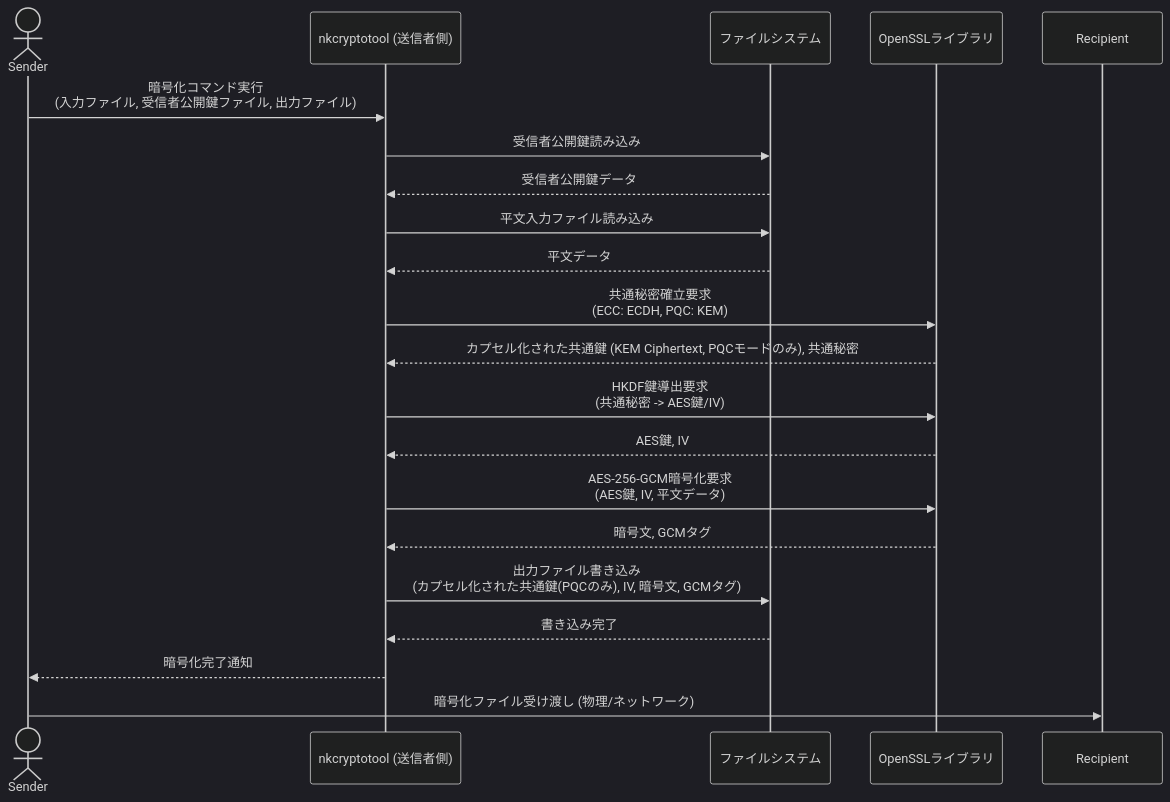
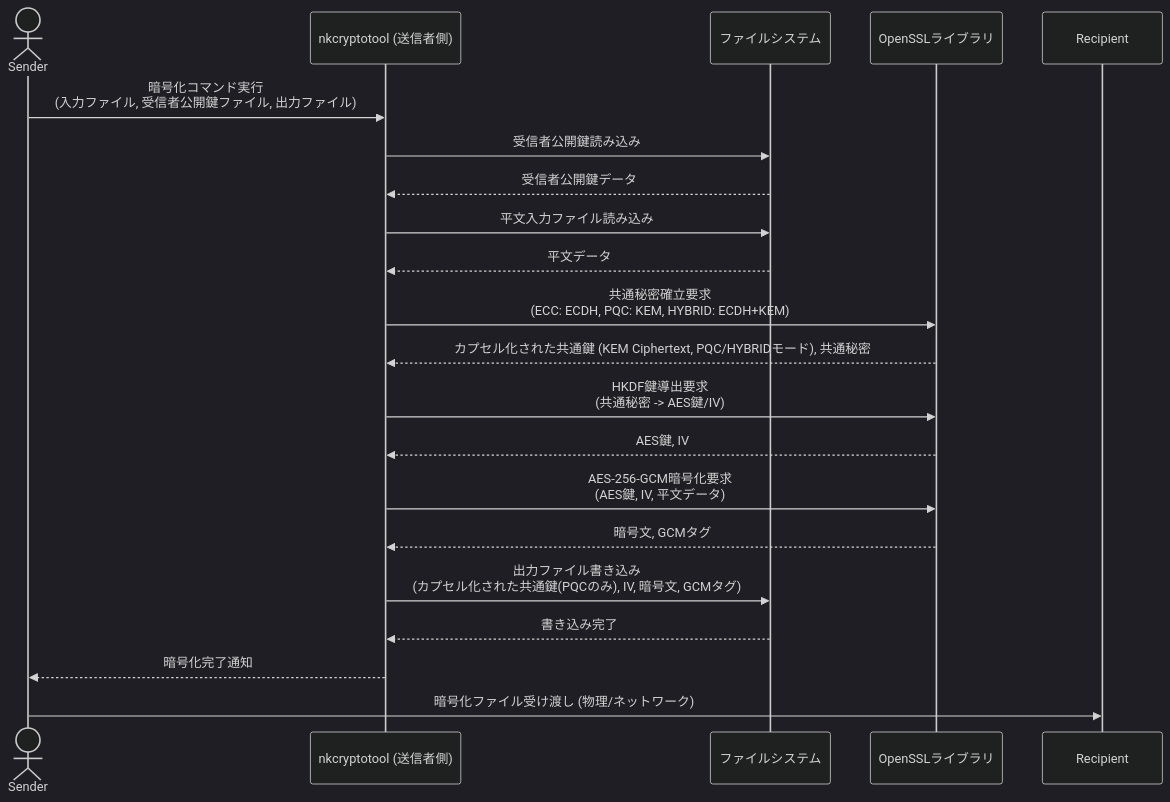
The third of 6 diagrams in README.md (nkoriyama/nkCryptoTool), drawn with Mermaid (dark theme) before and after one commit. The commit also changed other lines of this file, not shown here.

Commit message:
Hybridモード用のシーケンス図

````diff
--- a/README.md
+++ b/README.md
@@ -357,23 +357,23 @@
 ```mermaid
 sequenceDiagram
     actor Sender
     participant Sender_nkcryptotool as nkcryptotool (送信者側)
     participant FileSystem as ファイルシステム
     participant OpenSSL as OpenSSLライブラリ
 
     Sender->>Sender_nkcryptotool: 暗号化コマンド実行<br>(入力ファイル, 受信者公開鍵ファイル, 出力ファイル)
     Sender_nkcryptotool->>FileSystem: 受信者公開鍵読み込み
     FileSystem-->>Sender_nkcryptotool: 受信者公開鍵データ
     Sender_nkcryptotool->>FileSystem: 平文入力ファイル読み込み
     FileSystem-->>Sender_nkcryptotool: 平文データ
-    Sender_nkcryptotool->>OpenSSL: 共通秘密確立要求<br>(ECC: ECDH, PQC: KEM)
-    OpenSSL-->>Sender_nkcryptotool: カプセル化された共通鍵 (KEM Ciphertext, PQCモードのみ), 共通秘密
+    Sender_nkcryptotool->>OpenSSL: 共通秘密確立要求<br>(ECC: ECDH, PQC: KEM, HYBRID: ECDH+KEM)
+    OpenSSL-->>Sender_nkcryptotool: カプセル化された共通鍵 (KEM Ciphertext, PQC/HYBRIDモード), 共通秘密
     Sender_nkcryptotool->>OpenSSL: HKDF鍵導出要求<br>(共通秘密 -> AES鍵/IV)
     OpenSSL-->>Sender_nkcryptotool: AES鍵, IV
     Sender_nkcryptotool->>OpenSSL: AES-256-GCM暗号化要求<br>(AES鍵, IV, 平文データ)
     OpenSSL-->>Sender_nkcryptotool: 暗号文, GCMタグ
     Sender_nkcryptotool->>FileSystem: 出力ファイル書き込み<br>(カプセル化された共通鍵(PQCのみ), IV, 暗号文, GCMタグ)
     FileSystem-->>Sender_nkcryptotool: 書き込み完了
     Sender_nkcryptotool-->>Sender: 暗号化完了通知
     Sender->>Recipient: 暗号化ファイル受け渡し (物理/ネットワーク)
 ```
````
